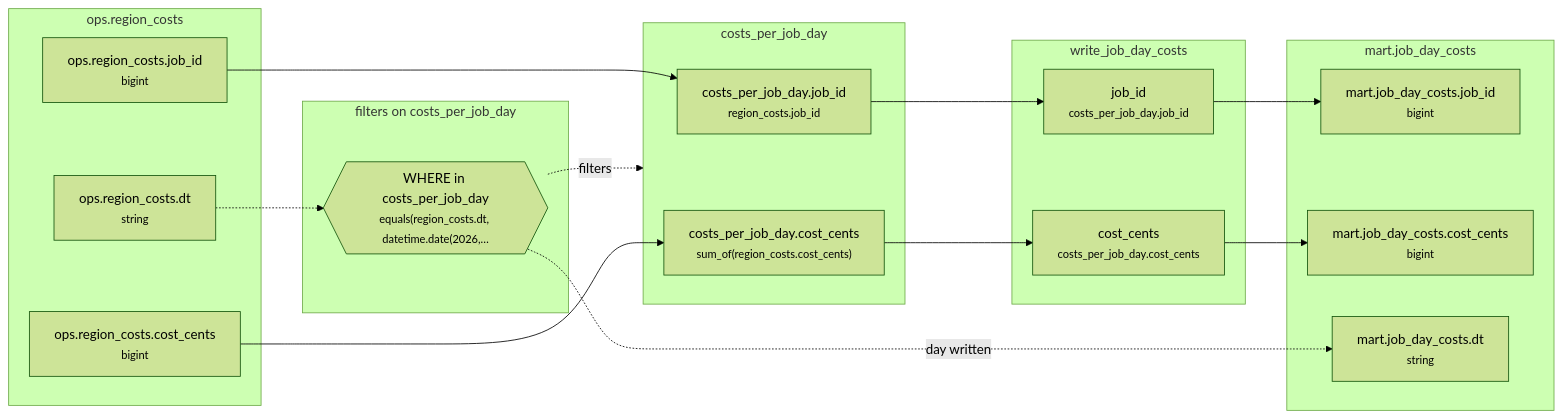
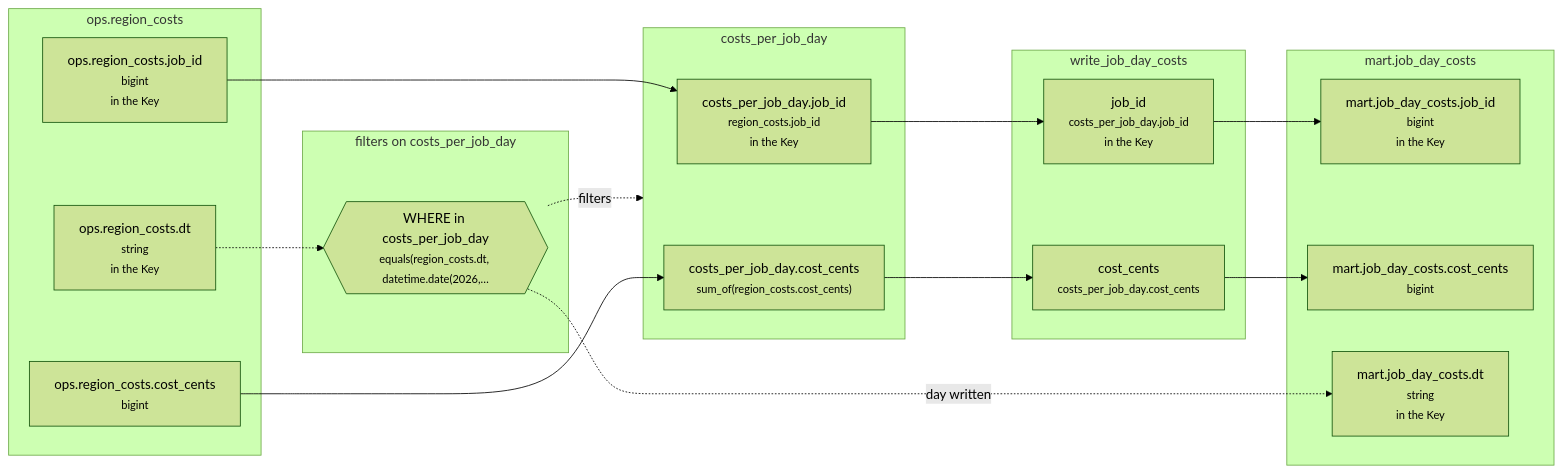
The diagram in example_projects/spark_composer/intermediate/lineage/example_1_job_day_costs.md (EdgyPage/SQL-Composer), drawn with Mermaid (forest theme) before and after one commit. The commit also changed other lines of this file and 159 other files, not shown here.

````diff
--- a/example_projects/spark_composer/intermediate/lineage/example_1_job_day_costs.md
+++ b/example_projects/spark_composer/intermediate/lineage/example_1_job_day_costs.md
@@ -8,33 +8,33 @@
 ```mermaid
 flowchart LR
   subgraph g0["ops.region_costs"]
-    n0["ops.region_costs.job_id<br/><small>bigint</small>"]
-    n2["ops.region_costs.dt<br/><small>string</small>"]
+    n0["ops.region_costs.job_id<br/><small>bigint</small><br/><small>in the Key</small>"]
+    n2["ops.region_costs.dt<br/><small>string</small><br/><small>in the Key</small>"]
     n3["ops.region_costs.cost_cents<br/><small>bigint</small>"]
   end
   subgraph g1["costs_per_job_day"]
-    n1["costs_per_job_day.job_id<br/><small>region_costs.job_id</small>"]
+    n1["costs_per_job_day.job_id<br/><small>region_costs.job_id</small><br/><small>in the Key</small>"]
     n4["costs_per_job_day.cost_cents<br/><small>sum_of(region_costs.cost_cents)</small>"]
   end
   subgraph g2["filters on costs_per_job_day"]
     n5{{"WHERE in costs_per_job_day<br/><small>equals(region_costs.dt, datetime.date(2026,…</small>"}}
   end
   subgraph g3["write_job_day_costs"]
-    n6["job_id<br/><small>costs_per_job_day.job_id</small>"]
+    n6["job_id<br/><small>costs_per_job_day.job_id</small><br/><small>in the Key</small>"]
     n7["cost_cents<br/><small>costs_per_job_day.cost_cents</small>"]
   end
   subgraph g4["mart.job_day_costs"]
-    n8["mart.job_day_costs.job_id<br/><small>bigint</small>"]
+    n8["mart.job_day_costs.job_id<br/><small>bigint</small><br/><small>in the Key</small>"]
     n9["mart.job_day_costs.cost_cents<br/><small>bigint</small>"]
-    n10["mart.job_day_costs.dt<br/><small>string</small>"]
+    n10["mart.job_day_costs.dt<br/><small>string</small><br/><small>in the Key</small>"]
   end
   n0 --> n1
   n3 --> n4
   n2 -.-> n5
   n1 --> n6
   n4 --> n7
   n6 --> n8
   n7 --> n9
   n5 -.->|day written| n10
   n5 -.->|filters| g1
 ```
````
